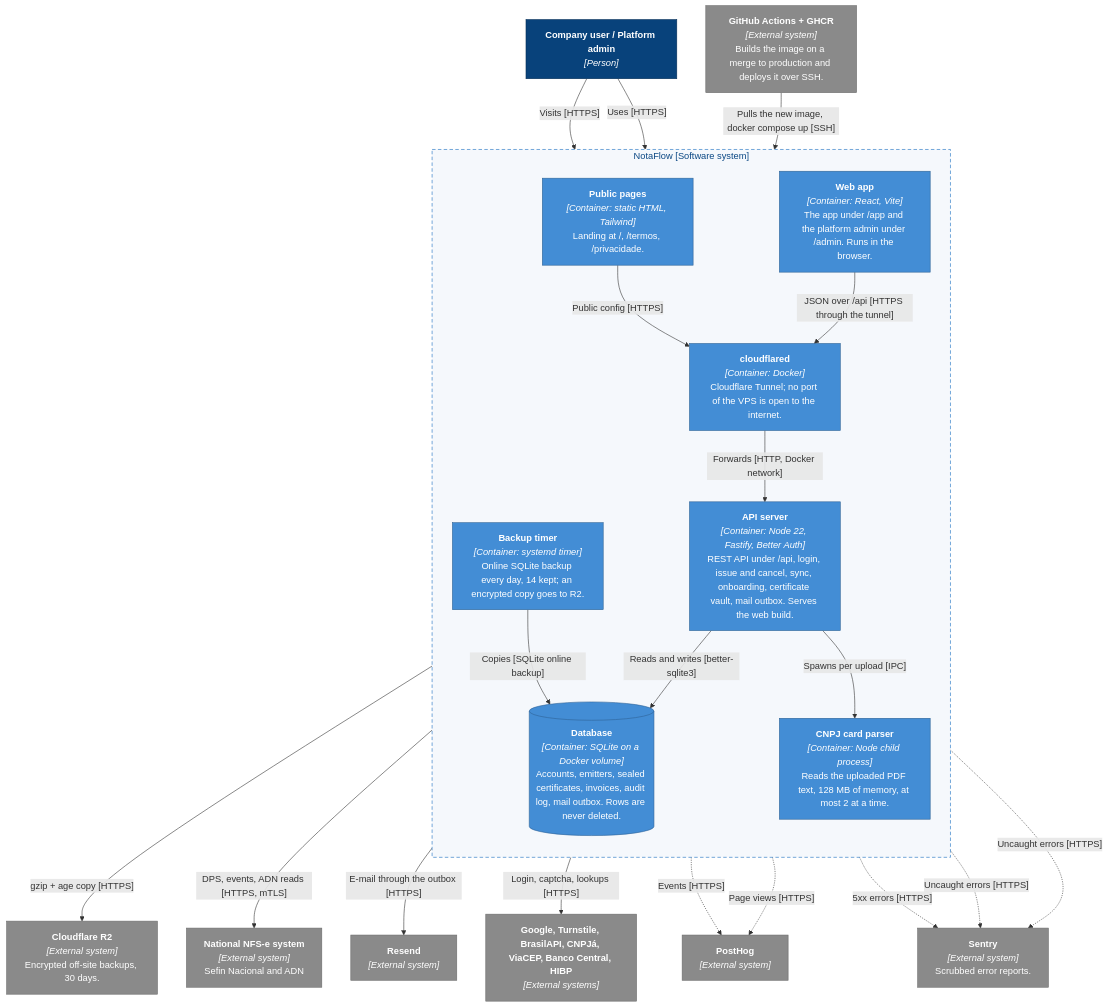
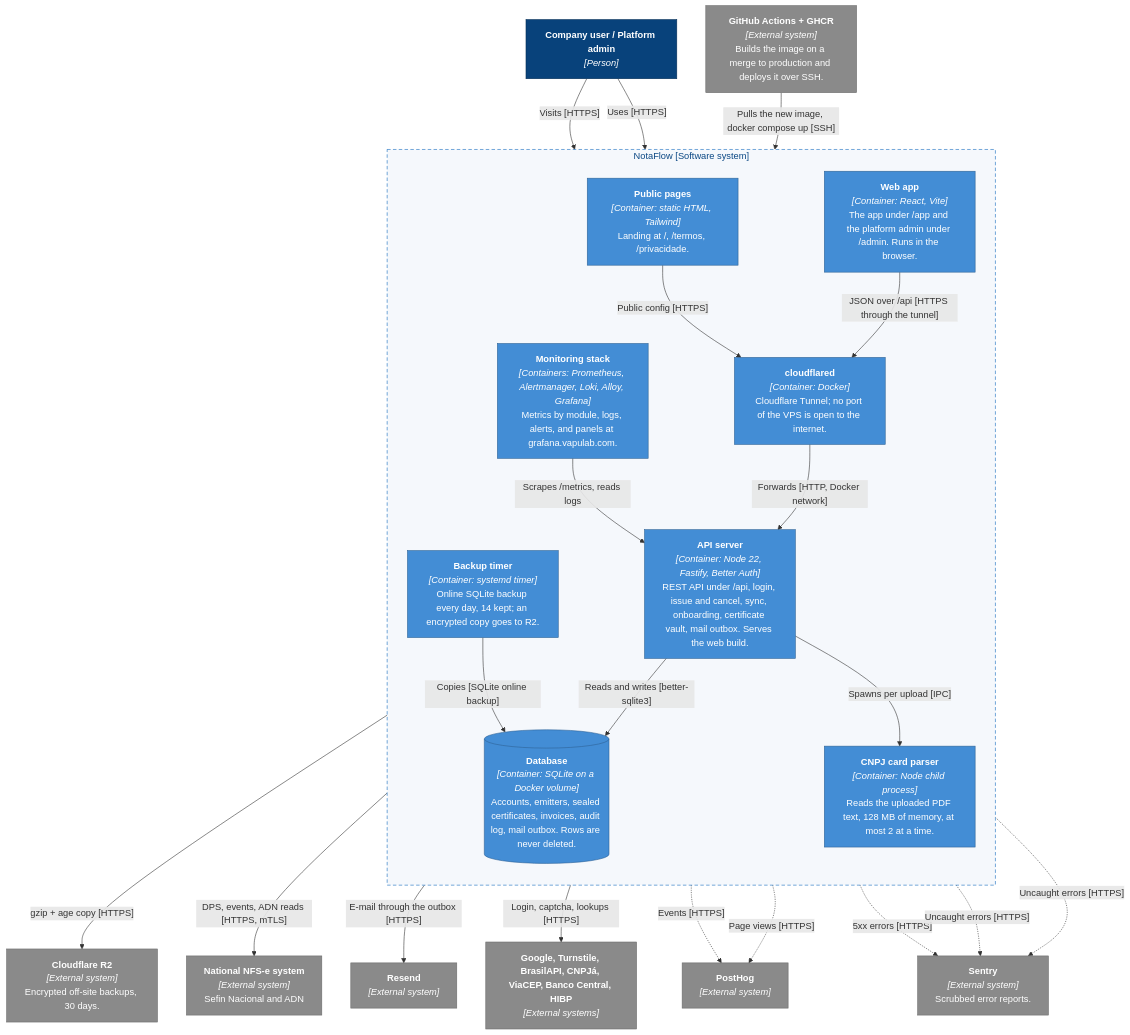
The diagram in docs/ENGINEERING/ARCHITECTURE/diagrams/c4-2-containers.mmd (Vapulab/notaflow), drawn with Mermaid before and after one commit. The commit also changed 9 other files, not shown here.

First line of the commit message:
docs: monitoring tutorial and C4 diagrams; the request completion log carries its module

```diff
--- a/docs/ENGINEERING/ARCHITECTURE/diagrams/c4-2-containers.mmd
+++ b/docs/ENGINEERING/ARCHITECTURE/diagrams/c4-2-containers.mmd
@@ -1,51 +1,53 @@
 %% C4 level 2: containers of NotaFlow. Render with diagrams/render.html (see README.md).
 flowchart TB
   user["<b>Company user / Platform admin</b><br/><i>[Person]</i>"]
 
   subgraph boundary["NotaFlow [Software system]"]
     direction TB
     web["<b>Web app</b><br/><i>[Container: React, Vite]</i><br/>The app under /app and the platform admin under /admin. Runs in the browser."]
     pages["<b>Public pages</b><br/><i>[Container: static HTML, Tailwind]</i><br/>Landing at /, /termos, /privacidade."]
     tunnel["<b>cloudflared</b><br/><i>[Container: Docker]</i><br/>Cloudflare Tunnel; no port of the VPS is open to the internet."]
     server["<b>API server</b><br/><i>[Container: Node 22, Fastify, Better Auth]</i><br/>REST API under /api, login, issue and cancel, sync, onboarding, certificate vault, mail outbox. Serves the web build."]
     db[("<b>Database</b><br/><i>[Container: SQLite on a Docker volume]</i><br/>Accounts, emitters, sealed certificates, invoices, audit log, mail outbox. Rows are never deleted.")]
     backup["<b>Backup timer</b><br/><i>[Container: systemd timer]</i><br/>Online SQLite backup every day, 14 kept; an encrypted copy goes to R2."]
     cardworker["<b>CNPJ card parser</b><br/><i>[Container: Node child process]</i><br/>Reads the uploaded PDF text, 128 MB of memory, at most 2 at a time."]
+    monitoring["<b>Monitoring stack</b><br/><i>[Containers: Prometheus, Alertmanager, Loki, Alloy, Grafana]</i><br/>Metrics by module, logs, alerts, and panels at grafana.vapulab.com."]
   end
 
   nacional["<b>National NFS-e system</b><br/><i>[External system]</i><br/>Sefin Nacional and ADN"]
   resend["<b>Resend</b><br/><i>[External system]</i>"]
   others["<b>Google, Turnstile, BrasilAPI, CNPJá, ViaCEP, Banco Central, HIBP</b><br/><i>[External systems]</i>"]
   posthog["<b>PostHog</b><br/><i>[External system]</i>"]
   sentry["<b>Sentry</b><br/><i>[External system]</i><br/>Scrubbed error reports."]
   r2["<b>Cloudflare R2</b><br/><i>[External system]</i><br/>Encrypted off-site backups, 30 days."]
   ci["<b>GitHub Actions + GHCR</b><br/><i>[External system]</i><br/>Builds the image on a merge to production and deploys it over SSH."]
 
   user -- "Visits [HTTPS]" --> pages
   user -- "Uses [HTTPS]" --> web
   web -- "JSON over /api [HTTPS through the tunnel]" --> tunnel
   pages -- "Public config [HTTPS]" --> tunnel
   tunnel -- "Forwards [HTTP, Docker network]" --> server
   server -- "Reads and writes [better-sqlite3]" --> db
   server -- "Spawns per upload [IPC]" --> cardworker
   backup -- "Copies [SQLite online backup]" --> db
   backup -- "gzip + age copy [HTTPS]" --> r2
   server -- "DPS, events, ADN reads [HTTPS, mTLS]" --> nacional
   server -- "E-mail through the outbox [HTTPS]" --> resend
   server -- "Login, captcha, lookups [HTTPS]" --> others
   web -. "Events [HTTPS]" .-> posthog
   pages -. "Page views [HTTPS]" .-> posthog
   server -. "5xx errors [HTTPS]" .-> sentry
   web -. "Uncaught errors [HTTPS]" .-> sentry
   pages -. "Uncaught errors [HTTPS]" .-> sentry
+  monitoring -- "Scrapes /metrics, reads logs" --> server
   ci -- "Pulls the new image, docker compose up [SSH]" --> server
 
   classDef person fill:#08427b,stroke:#052e56,color:#fff
   classDef container fill:#438dd5,stroke:#2e6295,color:#fff
   classDef db fill:#438dd5,stroke:#2e6295,color:#fff
   classDef external fill:#8a8a8a,stroke:#6b6b6b,color:#fff
   class user person
-  class web,pages,tunnel,server,backup,cardworker container
+  class web,pages,tunnel,server,backup,cardworker,monitoring container
   class db db
   class nacional,resend,others,posthog,sentry,ci,r2 external
   style boundary fill:#f5f8fc,stroke:#1168bd,stroke-dasharray:6 4,color:#0b4884
```
